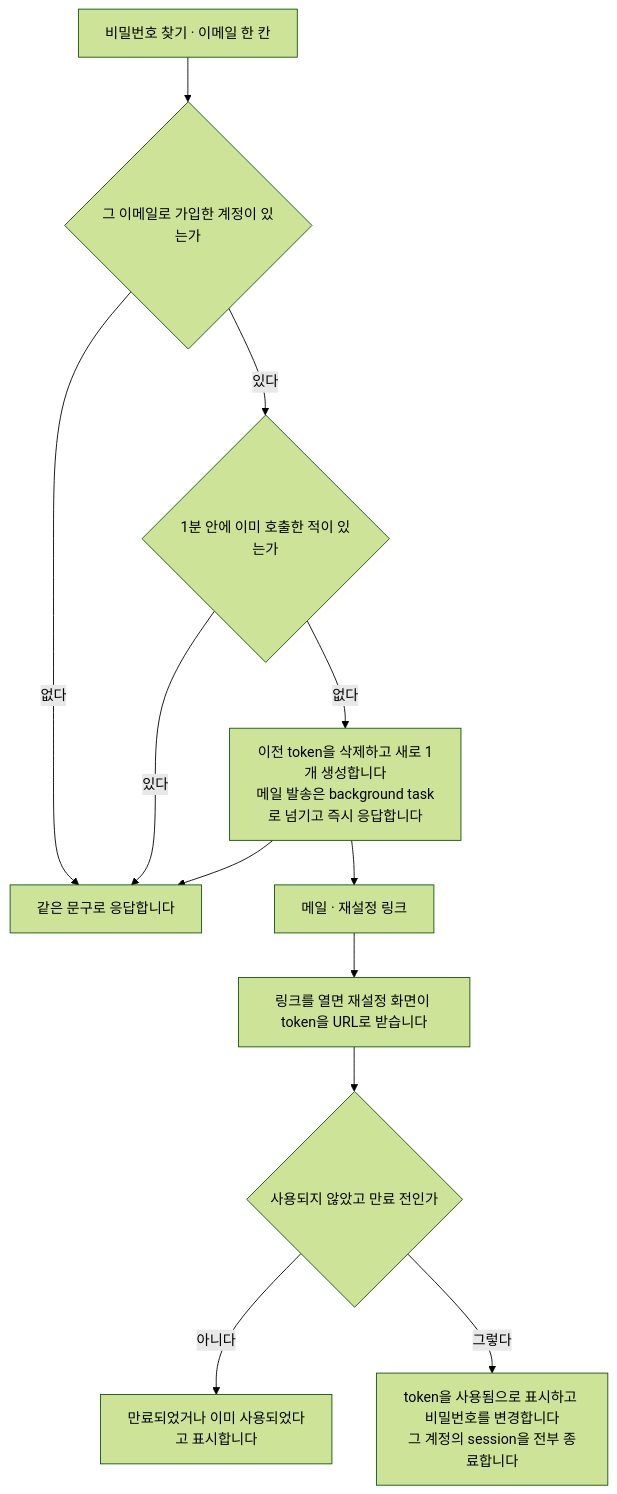
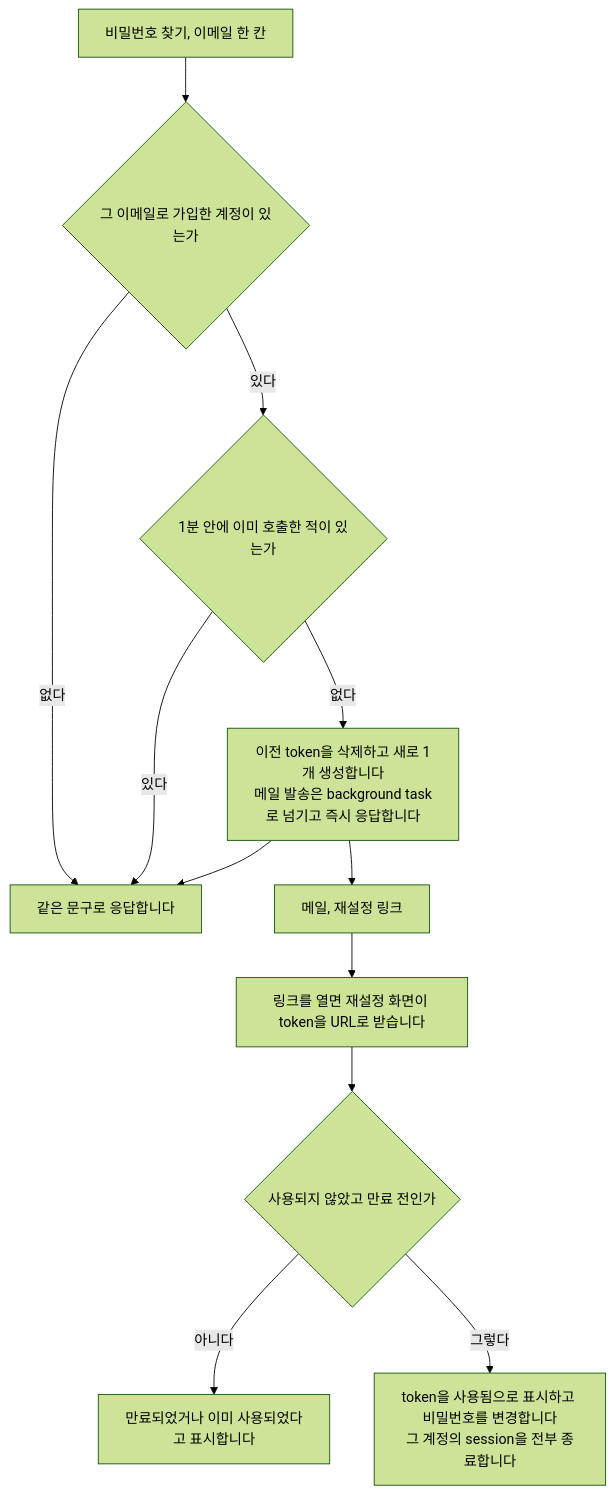
Before and after one commit to minkong-dev/Banblit: the second of 4 diagrams in .cluedoc/accounts-and-roles/accounts-and-roles.md, drawn with Mermaid (forest theme). The commit also changed other lines of this file and 21 other files, not shown here.

````diff
--- a/.cluedoc/accounts-and-roles/accounts-and-roles.md
+++ b/.cluedoc/accounts-and-roles/accounts-and-roles.md
@@ -249,14 +240,14 @@
 ```mermaid
 flowchart TD
-    A[비밀번호 찾기 · 이메일 한 칸] --> B{그 이메일로 가입한 계정이 있는가}
+    A[비밀번호 찾기, 이메일 한 칸] --> B{그 이메일로 가입한 계정이 있는가}
     B -->|없다| S[같은 문구로 응답합니다]
     B -->|있다| C{1분 안에 이미 호출한 적이 있는가}
     C -->|있다| S
     C -->|없다| D[이전 token을 삭제하고 새로 1개 생성합니다<br/>메일 발송은 background task로 넘기고 즉시 응답합니다]
     D --> S
-    D --> M[메일 · 재설정 링크]
+    D --> M[메일, 재설정 링크]
     M --> R[링크를 열면 재설정 화면이 token을 URL로 받습니다]
     R --> N{사용되지 않았고 만료 전인가}
     N -->|아니다| E[만료되었거나 이미 사용되었다고 표시합니다]
     N -->|그렇다| P[token을 사용됨으로 표시하고 비밀번호를 변경합니다<br/>그 계정의 session을 전부 종료합니다]
 ```
````
